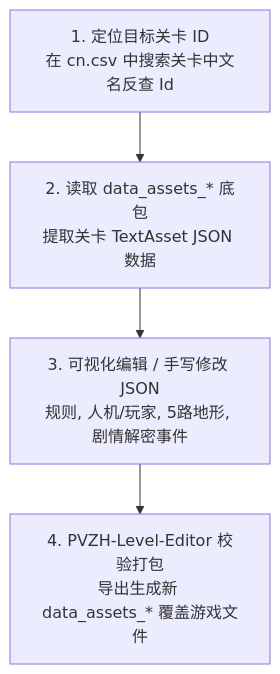
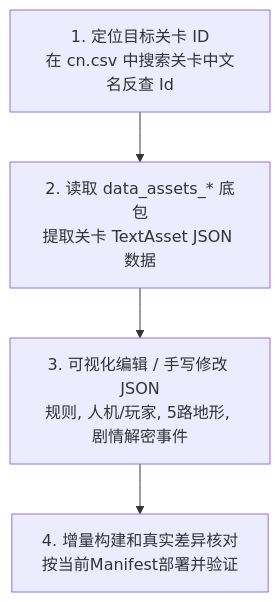
One commit to Show-o4210/PVZH-Library changed the diagram in 09.关卡修改/README.md. Above: the diagram before and after it, drawn with Mermaid. The commit also changed other lines of this file and 82 other files, not shown here.

````diff
--- a/09.关卡修改/README.md
+++ b/09.关卡修改/README.md
@@ -24,6 +30,6 @@
 ```mermaid
 graph TD
     A["1. 定位目标关卡 ID<br/>在 cn.csv 中搜索关卡中文名反查 Id"] --> B["2. 读取 data_assets_* 底包<br/>提取关卡 TextAsset JSON 数据"]
     B --> C["3. 可视化编辑 / 手写修改 JSON<br/>规则, 人机/玩家, 5路地形, 剧情解密事件"]
-    C --> D["4. PVZH-Level-Editor 校验打包<br/>导出生成新 data_assets_* 覆盖游戏文件"]
+    C --> D["4. 增量构建和真实差异核对<br/>按当前Manifest部署并验证"]
 ```
````
